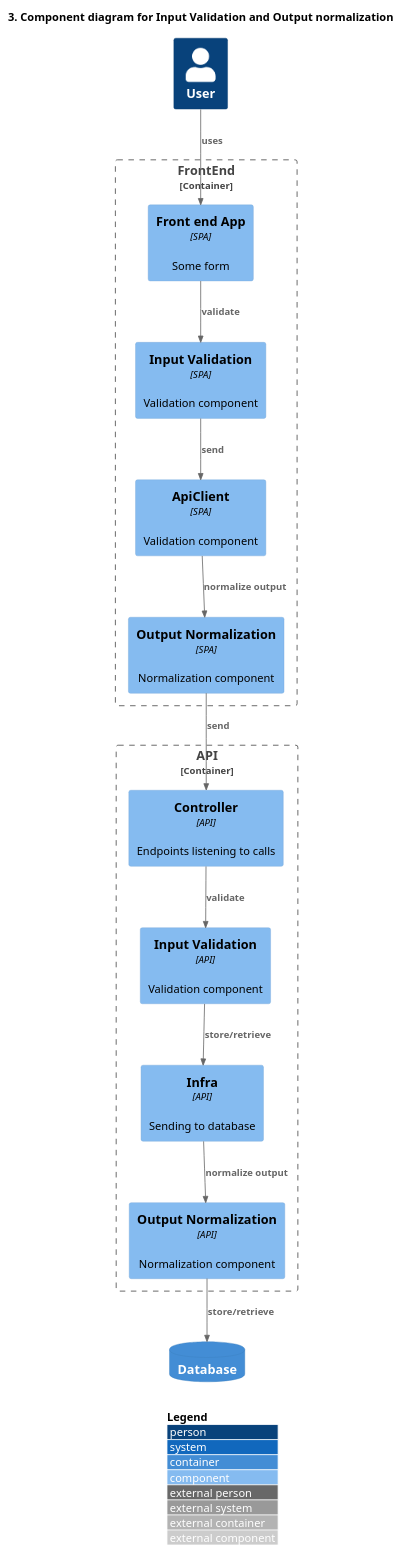
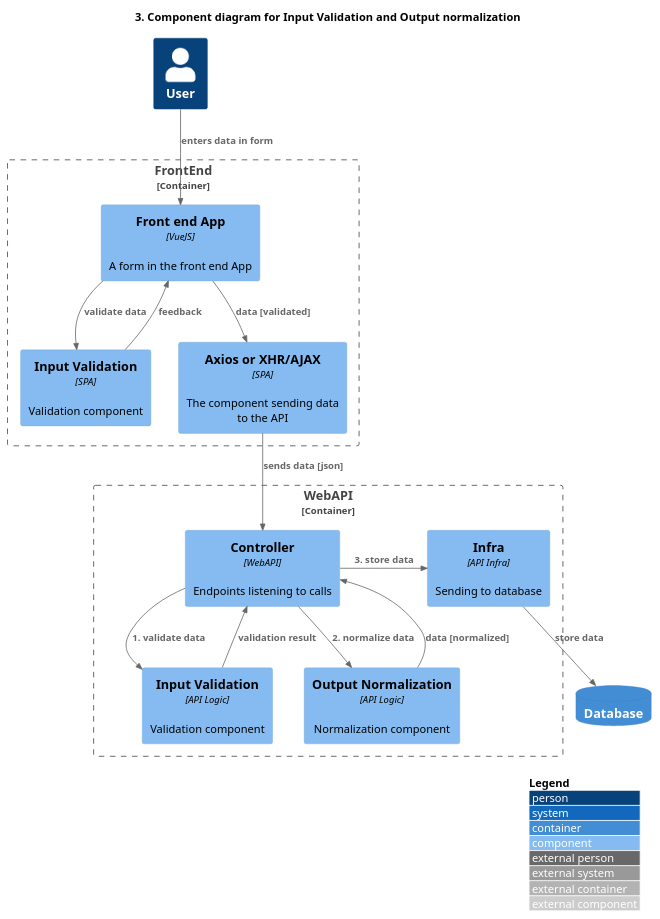
Before and after one commit to HelmerDenDekker/HelmerDenDekker.github.io: the diagram in docs/assets/cfourmodels/C3InputValidation.puml, drawn with PlantUML. The commit also changed 1 other file, not shown here.

Commit message:
input_validation20230601

```diff
--- a/docs/assets/cfourmodels/C3InputValidation.puml
+++ b/docs/assets/cfourmodels/C3InputValidation.puml
@@ -1,37 +1,41 @@
 @startuml InputValidation
 !include https://raw.githubusercontent.com/plantuml-stdlib/C4-PlantUML/master/C4_Component.puml
 LAYOUT_WITH_LEGEND()
 
 title 3. Component diagram for Input Validation and Output normalization
 
 Person(user, "User")
 
 Container_Boundary(spa, "FrontEnd"){
-    Component(spaf, "Front end App", "SPA", "Some form")
+    Component(spaf, "Front end App", "VueJS", "A form in the front end App")
     Component(spav, "Input Validation", "SPA", "Validation component")
-    Component(spas, "ApiClient", "SPA", "Validation component")
-    Component(span, "Output Normalization", "SPA", "Normalization component")
+    Component(spas, "Axios or XHR/AJAX", "SPA", "The component sending data to the API")
+    'Component(span, "Output Normalization", "SPA", "Normalization component")
 
     }
 
-Container_Boundary(api, "API"){
-    Component(apic, "Controller", "API", "Endpoints listening to calls")
-    Component(apiv, "Input Validation", "API", "Validation component")
-    Component(apif, "Infra", "API", "Sending to database")
-    Component(apin, "Output Normalization", "API", "Normalization component")
+Container_Boundary(api, "WebAPI"){
+    Component(apic, "Controller", "WebAPI", "Endpoints listening to calls")
+    Component(apiv, "Input Validation", "API Logic", "Validation component")
+    Component(apif, "Infra", "API Infra", "Sending to database")
+    Component(apin, "Output Normalization", "API Logic", "Normalization component")
     }
 
 
 ContainerDb(db, "Database")
 
-Rel(user, spaf, "uses")
-Rel(spaf, spav, "validate")
-Rel(spav, spas, "send")
-Rel(spas, span, "normalize output")
-Rel(span, apic, "send")
-Rel(apic, apiv, "validate")
-Rel(apiv, apif, "store/retrieve")
-Rel(apif, apin, "normalize output")
-Rel(apin, db, "store/retrieve" )
+Rel(user, spaf, "enters data in form")
+Rel(spaf, spav, "validate data")
+Rel(spav, spaf, "feedback")
+Rel(spaf, spas, "data [validated]")
+'Rel(spas, span, "normalize output")
+'Rel(span, apic, "send")
+Rel(spas, apic, "sends data [json]")
+Rel(apic, apiv, "1. validate data")
+Rel(apiv, apic, "validation result")
+Rel(apic, apin, "2. normalize data")
+Rel(apin, apic, "data [normalized]")
+Rel_R(apic, apif, "3. store data")
+Rel(apif, db, "store data" )
 
 @enduml
```
